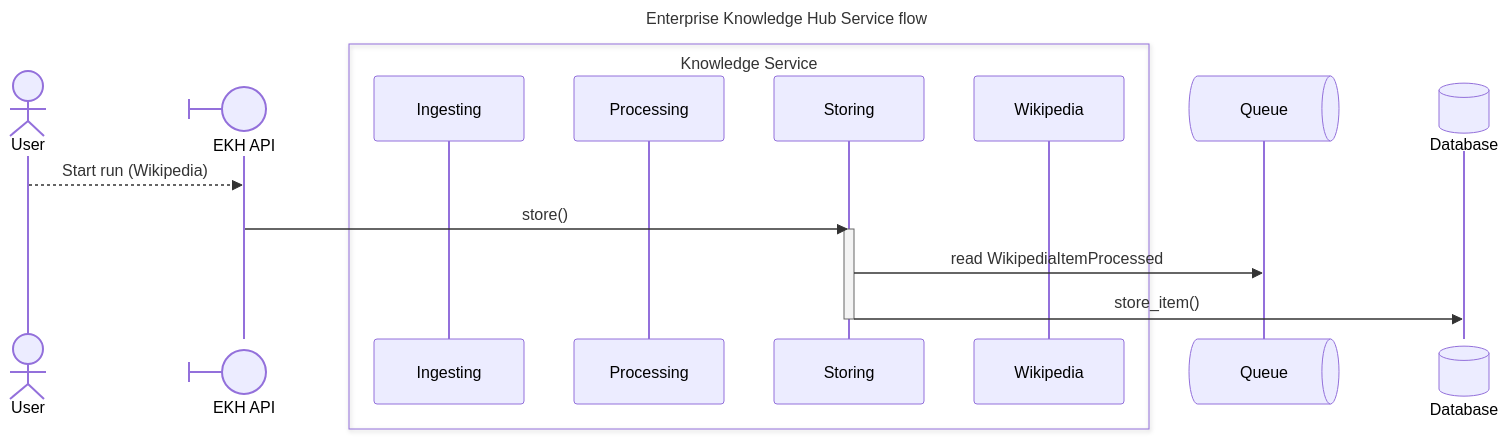
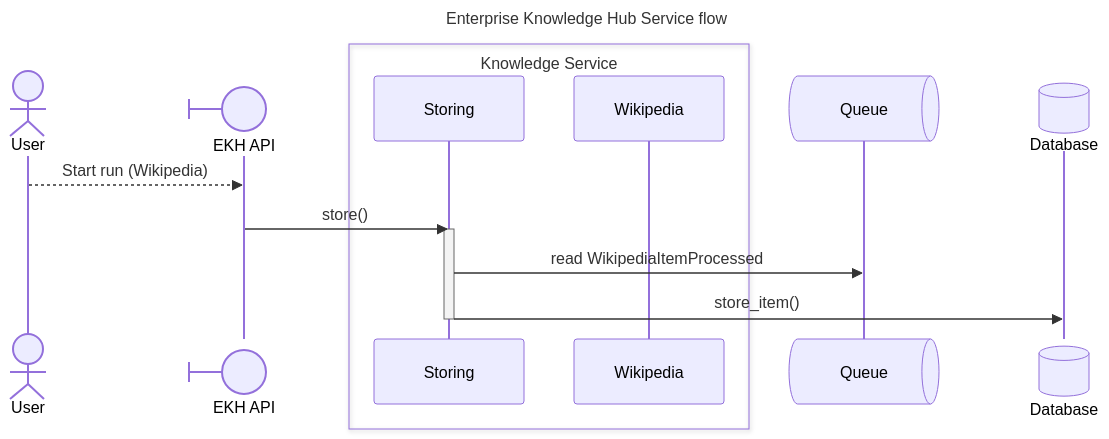
Before and after one commit to ssc-dsai/enterprise-knowledge-hub: the third of 3 diagrams in docs/mermaid-diagram.md, drawn with Mermaid. The commit also changed other lines of this file, not shown here.

````diff
--- a/docs/mermaid-diagram.md
+++ b/docs/mermaid-diagram.md
@@ -86,26 +82,24 @@
 ```mermaid
 ---
 title: Enterprise Knowledge Hub Service flow
 ---
 sequenceDiagram
     actor u as User
     participant API@{ "type": "boundary" } as EKH API
     u-->>API: Start run (Wikipedia)
 
     box Knowledge Service
-    participant ingest as Ingesting
-    participant process as Processing
     participant store as Storing
     participant impl as Wikipedia
     end
 
     participant queue@{ "type" : "queue" } as Queue
 
     participant db@{ "type": "database" } as Database
 
     API->>store: store()
     activate store
     store->>queue: read WikipediaItemProcessed
     store->>db: store_item()
     deactivate store
 ```
````
